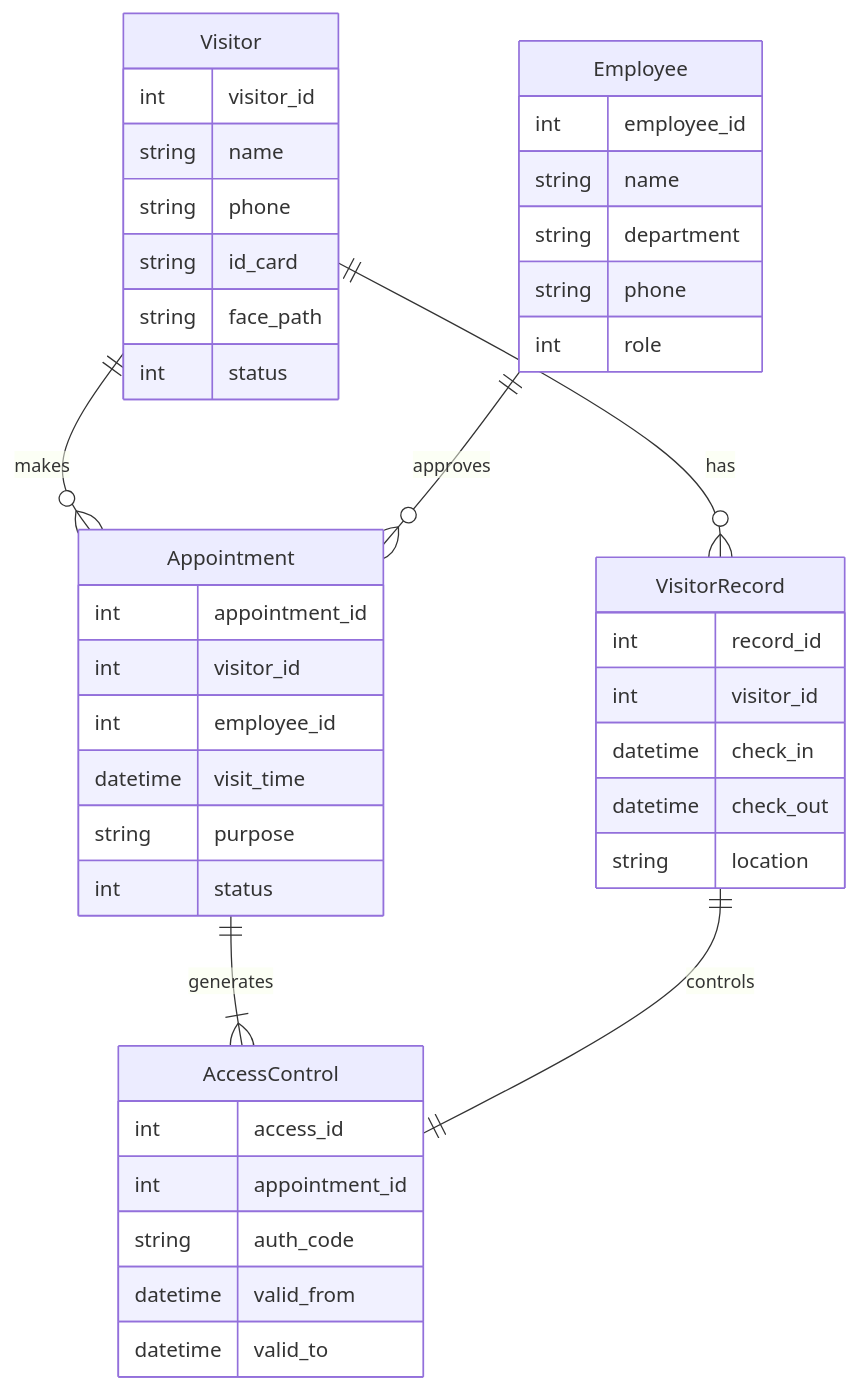
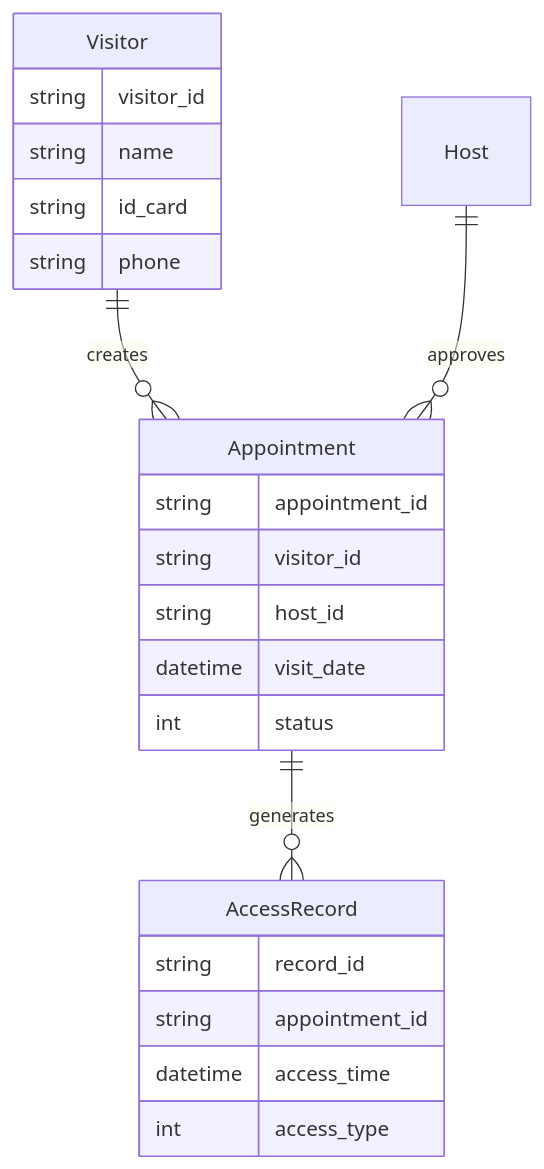
The first of 3 diagrams in devel/outlinedesign.md (yuhaibao39/n8ndeploy), drawn with Mermaid before and after one commit. The commit also changed other lines of this file, not shown here.

````diff
--- a/devel/outlinedesign.md
+++ b/devel/outlinedesign.md
@@ -25,50 +42,28 @@
 ```mermaid
 erDiagram
-    Visitor ||--o{ Appointment : makes
-    Visitor ||--o{ VisitorRecord : has
-    Employee ||--o{ Appointment : approves
-    Appointment ||--|{ AccessControl : generates
-    VisitorRecord ||--|| AccessControl : controls
+    Visitor ||--o{ Appointment : creates
+    Appointment ||--o{ AccessRecord : generates
+    Host ||--o{ Appointment : approves
     
     Visitor {
-        int visitor_id
+        string visitor_id
         string name
+        string id_card
         string phone
-        string id_card
-        string face_path
+    }
+    
+    Appointment {
+        string appointment_id
+        string visitor_id
+        string host_id
+        datetime visit_date
         int status
     }
     
-    Appointment {
-        int appointment_id
-        int visitor_id
-        int employee_id
-        datetime visit_time
-        string purpose
-        int status
-    }
-    
-    Employee {
-        int employee_id
-        string name
-        string department
-        string phone
-        int role
-    }
-    
-    VisitorRecord {
-        int record_id
-        int visitor_id
-        datetime check_in
-        datetime check_out
-        string location
-    }
-    
-    AccessControl {
-        int access_id
-        int appointment_id
-        string auth_code
-        datetime valid_from
-        datetime valid_to
+    AccessRecord {
+        string record_id
+        string appointment_id
+        datetime access_time
+        int access_type
     }
 ```
````
